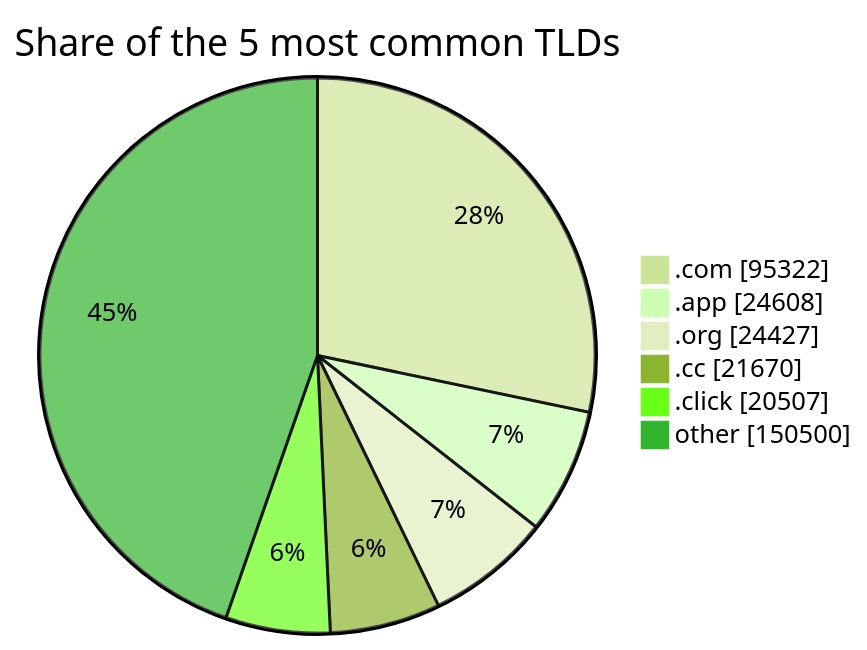
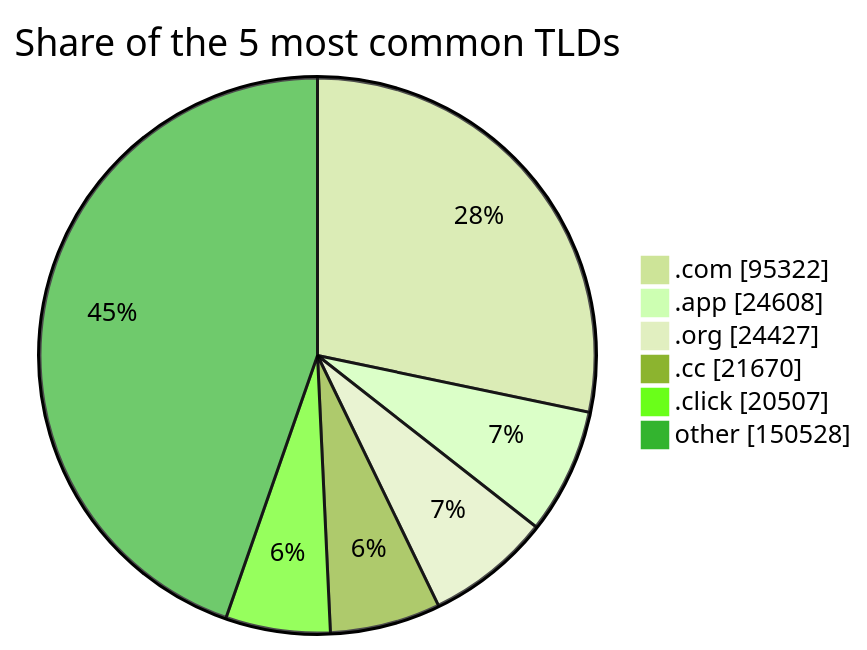
The third of 3 diagrams in README.md (DNSBunker/CTI), drawn with Mermaid (forest theme) before and after one commit. The commit also changed other lines of this file and 4 other files, not shown here.

````diff
--- a/README.md
+++ b/README.md
@@ -81,9 +81,9 @@
 ```mermaid
 pie showData title Share of the 5 most common TLDs
     ".com" : 95322
     ".app" : 24608
     ".org" : 24427
     ".cc" : 21670
     ".click" : 20507
-    "other" : 150500
+    "other" : 150528
 ```
````
